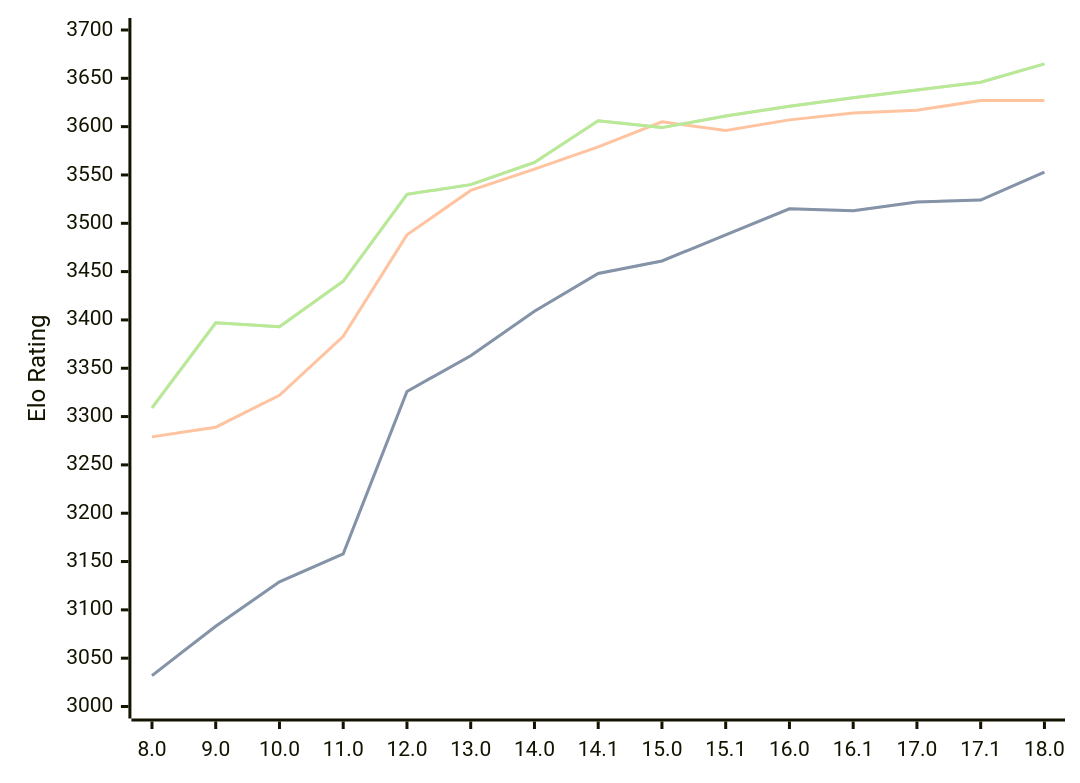
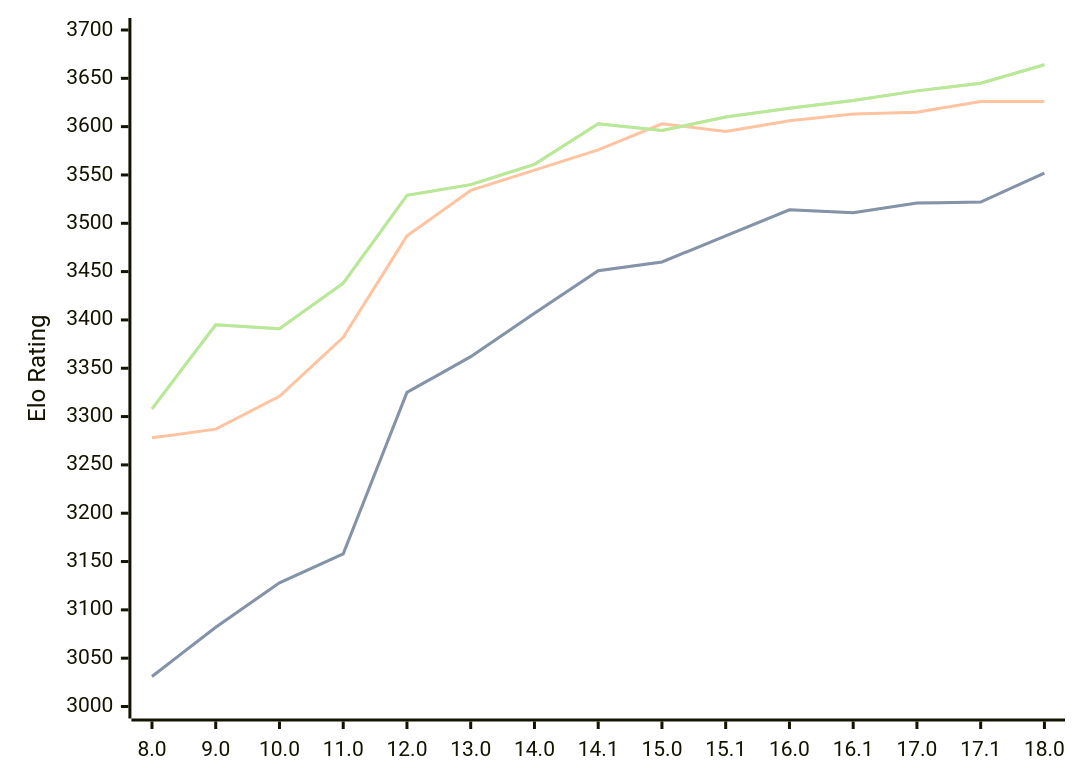
Before and after one commit to computer-chess-index/cci: the diagram in engines/Stockfish.md, drawn with Mermaid. The commit also changed other lines of this file, not shown here.

Commit message:
Update CCI Ratings (ELO VLTC) - 2026-03-08

````diff
--- a/engines/Stockfish.md
+++ b/engines/Stockfish.md
@@ -44,11 +44,11 @@
 ```mermaid
 %%{init: {"theme":"base","themeVariables":{"seriesColors:['#a3a3a3','#222221','#faa371']}}}%%
 xychart-beta
   x-axis ["8.0", "9.0", "10.0", "11.0", "12.0", "13.0", "14.0", "14.1", "15.0", "15.1", "16.0", "16.1", "17.0", "17.1", "18.0"]
   y-axis "Elo Rating" 3000 --> 3700
-  line "STC (8.0+0.08s)" [3032, 3083, 3129, 3158, 3326, 3363, 3409, 3448, 3461, 3488, 3515, 3513, 3522, 3524, 3553]
-  line "STC (8.0+0.08s)" [3032, 3083, 3129, 3158, 3326, 3363, 3409, 3448, 3461, 3488, 3515, 3513, 3522, 3524, 3553]
-  line "LTC (60.0+0.60s)" [3279, 3289, 3322, 3383, 3488, 3534, 3556, 3579, 3605, 3596, 3607, 3614, 3617, 3627, 3627]
-  line "VLTC (2m24s+1.12s)" [3309, 3397, 3393, 3440, 3530, 3540, 3563, 3606, 3599, 3611, 3621, 3630, 3638, 3646, 3665]
-  line "VLTC (2m24s+1.12s)" [3309, 3397, 3393, 3440, 3530, 3540, 3563, 3606, 3599, 3611, 3621, 3630, 3638, 3646, 3665]
+  line "STC (8.0+0.08s)" [3031, 3082, 3128, 3158, 3325, 3362, 3407, 3451, 3460, 3487, 3514, 3511, 3521, 3522, 3552]
+  line "STC (8.0+0.08s)" [3031, 3082, 3128, 3158, 3325, 3362, 3407, 3451, 3460, 3487, 3514, 3511, 3521, 3522, 3552]
+  line "LTC (60.0+0.60s)" [3278, 3287, 3321, 3382, 3487, 3534, 3555, 3576, 3603, 3595, 3606, 3613, 3615, 3626, 3626]
+  line "VLTC (2m24s+1.12s)" [3308, 3395, 3391, 3438, 3529, 3540, 3561, 3603, 3596, 3610, 3619, 3627, 3637, 3645, 3664]
+  line "VLTC (2m24s+1.12s)" [3308, 3395, 3391, 3438, 3529, 3540, 3561, 3603, 3596, 3610, 3619, 3627, 3637, 3645, 3664]
 ```
````
